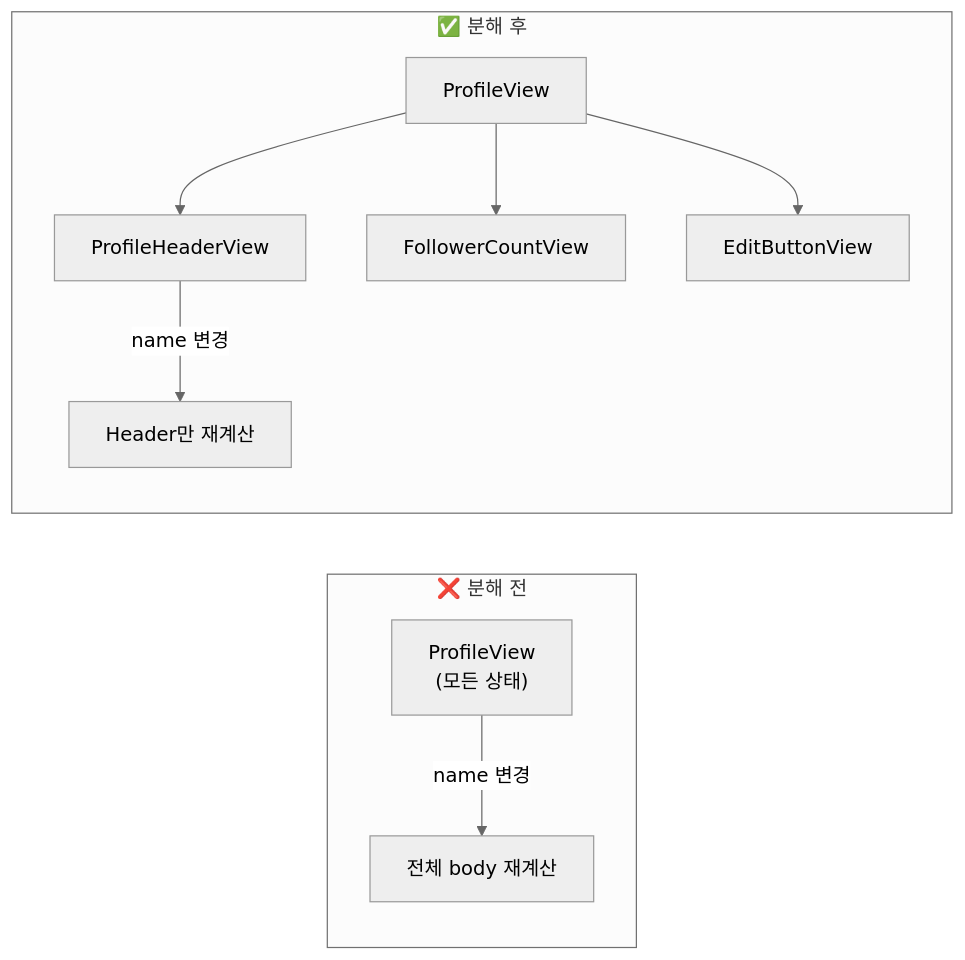
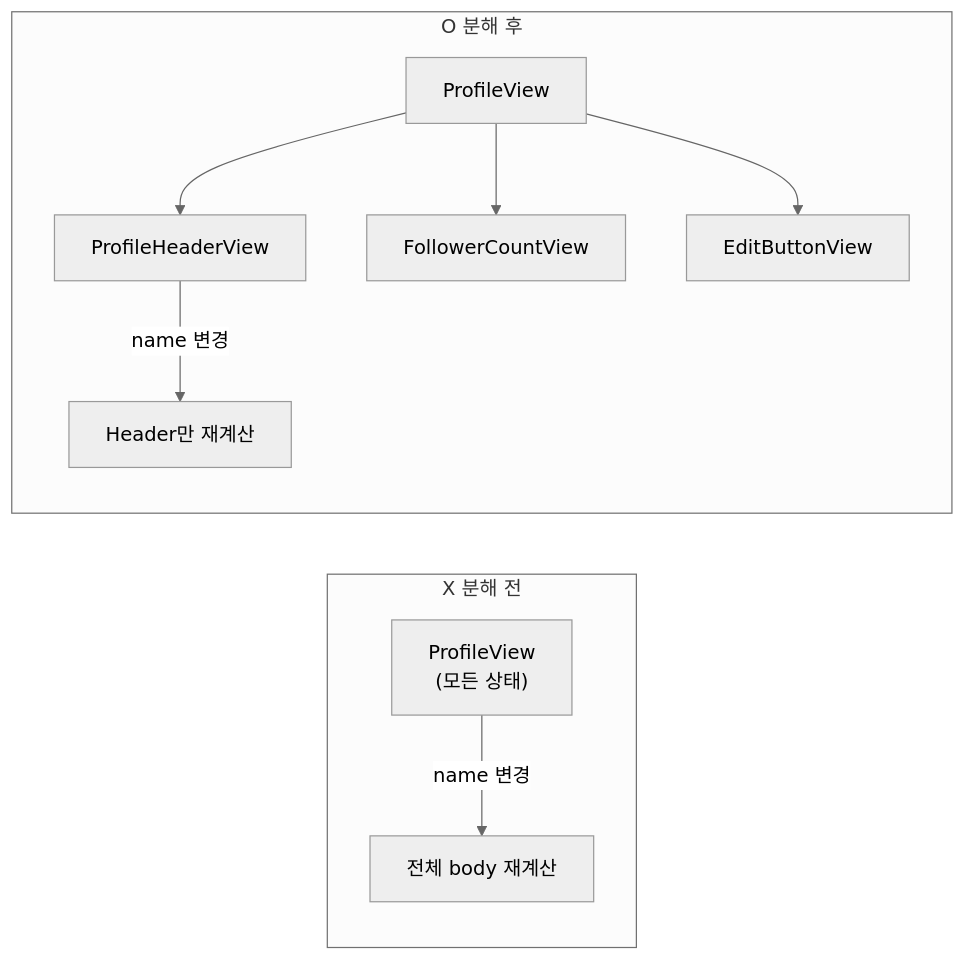
Before and after one commit to jsonpassion/forge-tutorial-swift: the second of 4 diagrams in 13-performance/02-swiftui-optimization.md, drawn with Mermaid (neutral theme). The commit also changed other lines of this file and 69 other files, not shown here.

````diff
--- a/13-performance/02-swiftui-optimization.md
+++ b/13-performance/02-swiftui-optimization.md
@@ -86,12 +86,12 @@
 ```mermaid
 flowchart LR
-    subgraph before["❌ 분해 전"]
-        P1["ProfileView\n(모든 상태)"] -->|name 변경| R1["전체 body 재계산"]
+    subgraph before["X 분해 전"]
+        P1["ProfileView<br/>(모든 상태)"] -->|name 변경| R1["전체 body 재계산"]
     end
-    subgraph after["✅ 분해 후"]
+    subgraph after["O 분해 후"]
         P2["ProfileView"] --> H["ProfileHeaderView"]
         P2 --> FC["FollowerCountView"]
         P2 --> EB["EditButtonView"]
         H -->|name 변경| RH["Header만 재계산"]
     end
 ```
````
